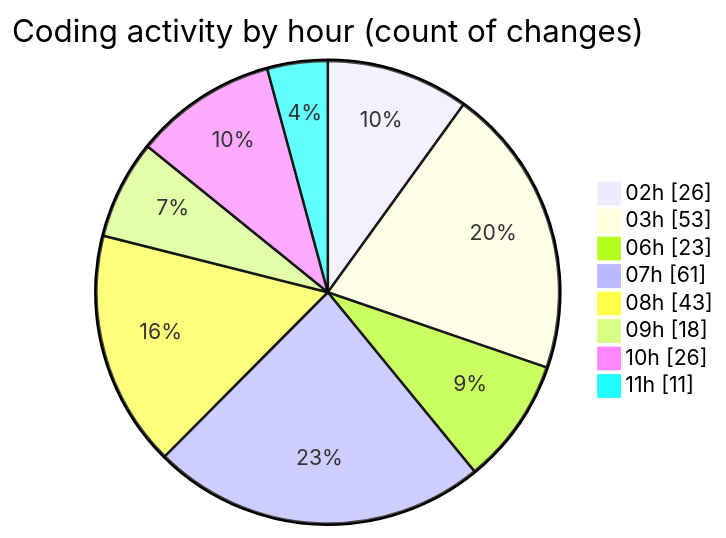
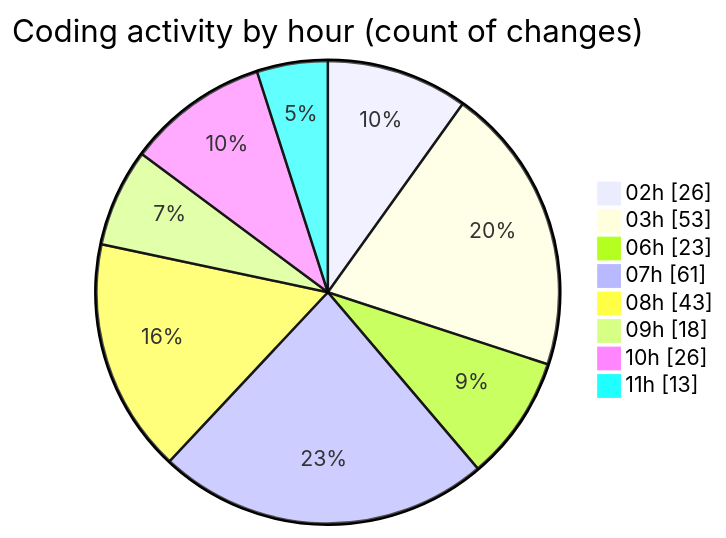
Before and after one commit to charlie-sans/code-tracking: the second of 2 diagrams in 2025-02-22/micros/README.md, drawn with Mermaid. The commit also changed other lines of this file and 1 other file, not shown here.

````diff
--- a/2025-02-22/micros/README.md
+++ b/2025-02-22/micros/README.md
@@ -78,12 +78,12 @@
 ```mermaid
 pie showData
 title Coding activity by hour (count of changes)
 "02h" : 26
 "03h" : 53
 "06h" : 23
 "07h" : 61
 "08h" : 43
 "09h" : 18
 "10h" : 26
-"11h" : 11
+"11h" : 13
 ```
````
